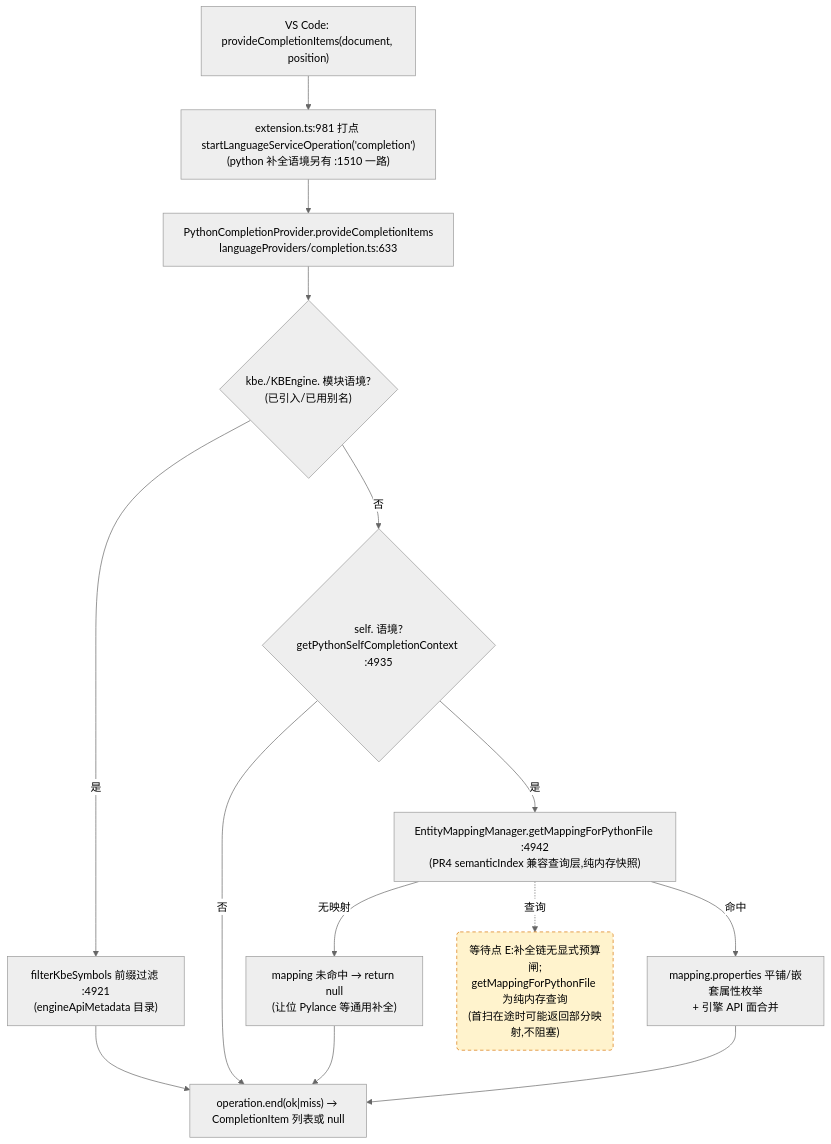
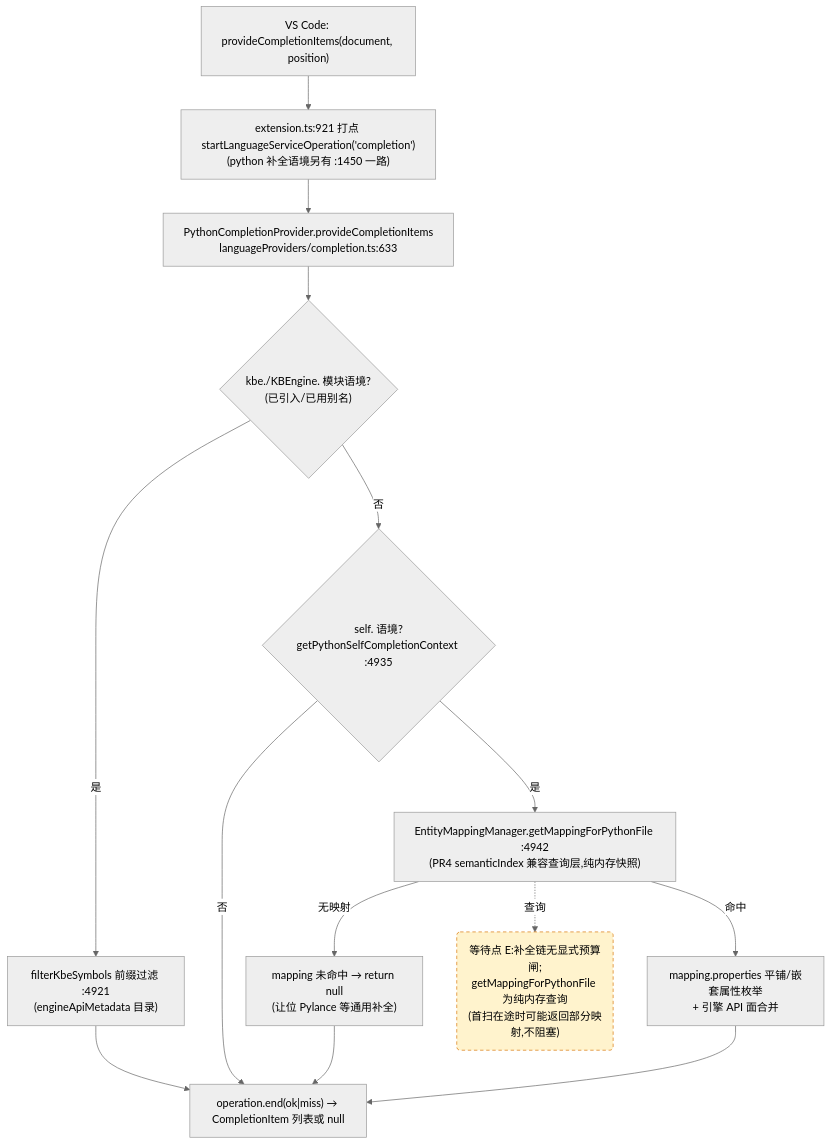
Before and after one commit to cuihairu/kode: the third of 4 diagrams in docs/perf/2026-baseline.md, drawn with Mermaid (neutral theme). The commit also changed other lines of this file and 5 other files, not shown here.

````diff
--- a/docs/perf/2026-baseline.md
+++ b/docs/perf/2026-baseline.md
@@ -184,27 +184,27 @@
 ```mermaid
 flowchart TD
   VC3["VS Code: provideCompletionItems(document, position)"]
-  M3["extension.ts:981 打点 startLanguageServiceOperation('completion')<br/>(python 补全语境另有 :1510 一路)"]
+  M3["extension.ts:921 打点 startLanguageServiceOperation('completion')<br/>(python 补全语境另有 :1450 一路)"]
   CP["PythonCompletionProvider.provideCompletionItems<br/>languageProviders/completion.ts:633"]
   KBEC{"kbe./KBEngine. 模块语境?<br/>(已引入/已用别名)"}
   FILTER["filterKbeSymbols 前缀过滤 :4921<br/>(engineApiMetadata 目录)"]
   SELFC{"self. 语境?<br/>getPythonSelfCompletionContext :4935"}
   MAP["EntityMappingManager.getMappingForPythonFile :4942<br/>(PR4 semanticIndex 兼容查询层,纯内存快照)"]
   NOMAP["mapping 未命中 → return null<br/>(让位 Pylance 等通用补全)"]
   PROPS["mapping.properties 平铺/嵌套属性枚举<br/>+ 引擎 API 面合并"]
   END3["operation.end(ok|miss) → CompletionItem 列表或 null"]
 
   VC3 --> M3 --> CP --> KBEC
   KBEC -- "是" --> FILTER --> END3
   KBEC -- "否" --> SELFC
   SELFC -- "否" --> END3
   SELFC -- "是" --> MAP
   MAP -- "无映射" --> NOMAP --> END3
   MAP -- "命中" --> PROPS --> END3
 
   WAITE("等待点 E:补全链无显式预算闸;<br/>getMappingForPythonFile 为纯内存查询<br/>(首扫在途时可能返回部分映射,不阻塞)")
   MAP -.->|查询| WAITE
 
   classDef waitPoint fill:#fff3cd,stroke:#d97706,stroke-dasharray:5 4;
   class WAITE waitPoint;
 ```
````
